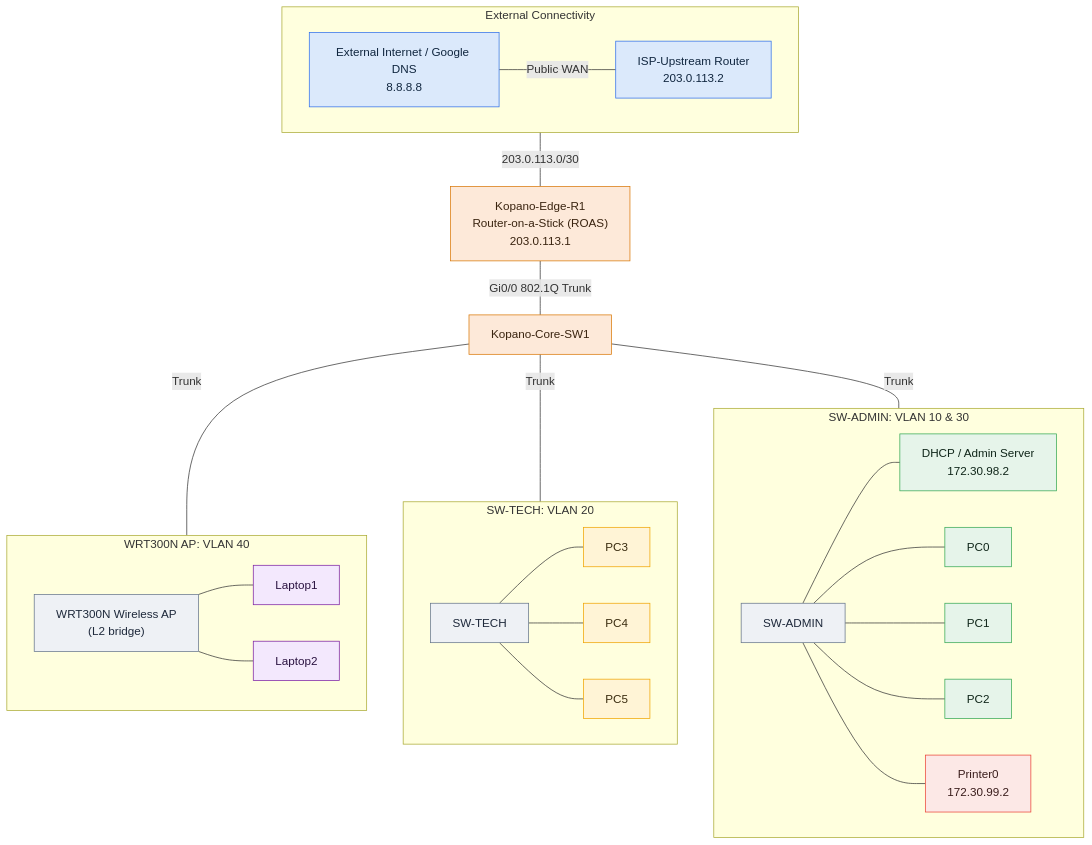
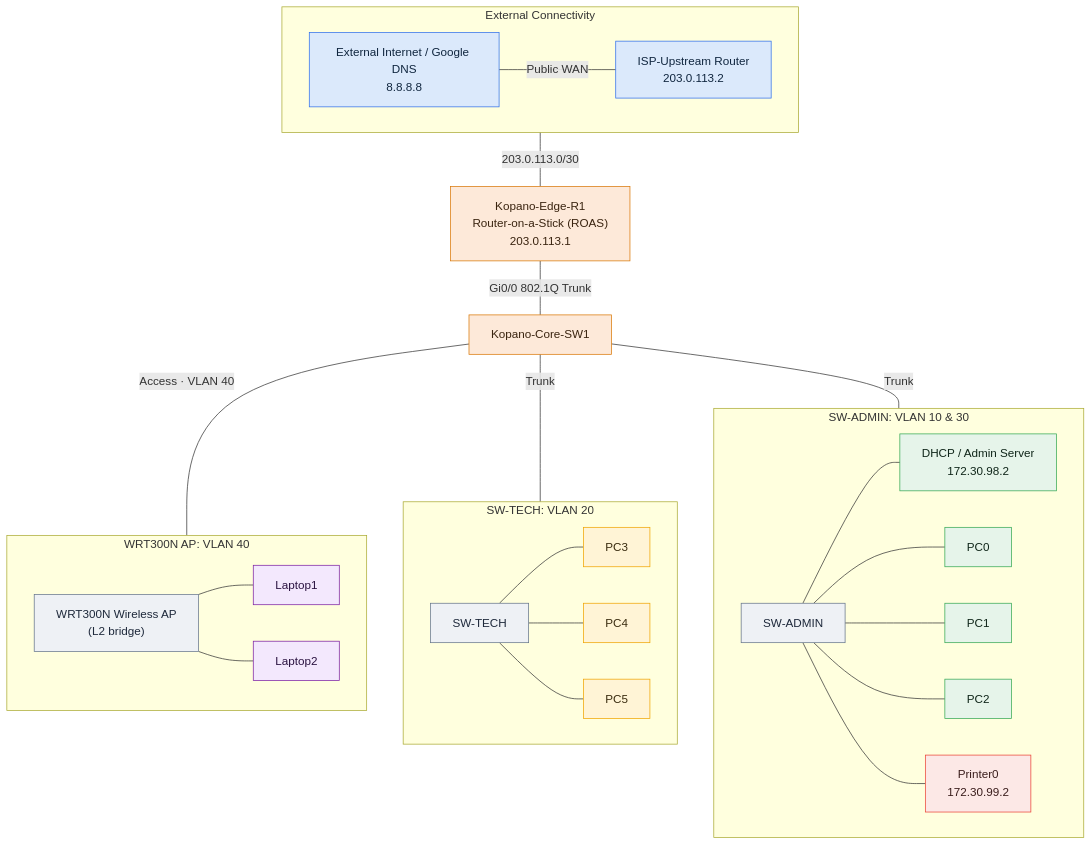
One commit to Naxisbeast/CMPG325-Kopano-Network changed the diagram in README.md. Above: the diagram before and after it, drawn with Mermaid. The commit also changed other lines of this file, not shown here.

````diff
--- a/README.md
+++ b/README.md
@@ -55,65 +56,65 @@
 ```mermaid
 flowchart TB
     %% Colour key
     classDef wan    fill:#dbe9fb,stroke:#2f6feb,color:#10263f
     classDef core   fill:#fde9d9,stroke:#d97706,color:#3a2410
     classDef access fill:#eef1f5,stroke:#64748b,color:#1e293b
     classDef v10    fill:#e6f4ea,stroke:#34a853,color:#10261a
     classDef v30    fill:#fce8e6,stroke:#ea4335,color:#3a1d1c
     classDef v20    fill:#fff4d6,stroke:#f0a500,color:#3a2c10
     classDef v40    fill:#f3e8fd,stroke:#7b1fa2,color:#2a1240
 
     subgraph EXTERNAL["External Connectivity"]
         direction LR
         INET["External Internet / Google DNS<br/>8.8.8.8"]
         ISP["ISP-Upstream Router<br/>203.0.113.2"]
     end
 
     EDGE["Kopano-Edge-R1<br/>Router-on-a-Stick (ROAS)<br/>203.0.113.1"]
     CORE["Kopano-Core-SW1"]
 
     INET ---|"Public WAN"| ISP
     ISP ---|"203.0.113.0/30"| EDGE
     EDGE ---|"Gi0/0 802.1Q Trunk"| CORE
 
     subgraph ADMIN["SW-ADMIN: VLAN 10 & 30"]
         direction LR
         SWA["SW-ADMIN"]
         SRV["DHCP / Admin Server<br/>172.30.98.2"]
         P0["PC0"]
         P1["PC1"]
         P2["PC2"]
         PRN["Printer0<br/>172.30.99.2"]
         SWA --- SRV & P0 & P1 & P2
         SWA --- PRN
     end
 
     subgraph TECH["SW-TECH: VLAN 20"]
         direction LR
         SWT["SW-TECH"]
         P3["PC3"]
         P4["PC4"]
         P5["PC5"]
         SWT --- P3 & P4 & P5
     end
 
     subgraph GUEST["WRT300N AP: VLAN 40"]
         direction LR
         AP["WRT300N Wireless AP<br/>(L2 bridge)"]
         L1["Laptop1"]
         L2["Laptop2"]
         AP --- L1 & L2
     end
 
     CORE ---|"Trunk"| SWA
     CORE ---|"Trunk"| SWT
-    CORE ---|"Trunk"| AP
+    CORE ---|"Access · VLAN 40"| AP
 
     class INET,ISP wan
     class EDGE,CORE core
     class SWA,SWT,AP access
     class SRV,P0,P1,P2 v10
     class PRN v30
     class P3,P4,P5 v20
     class L1,L2 v40
 ```
````
